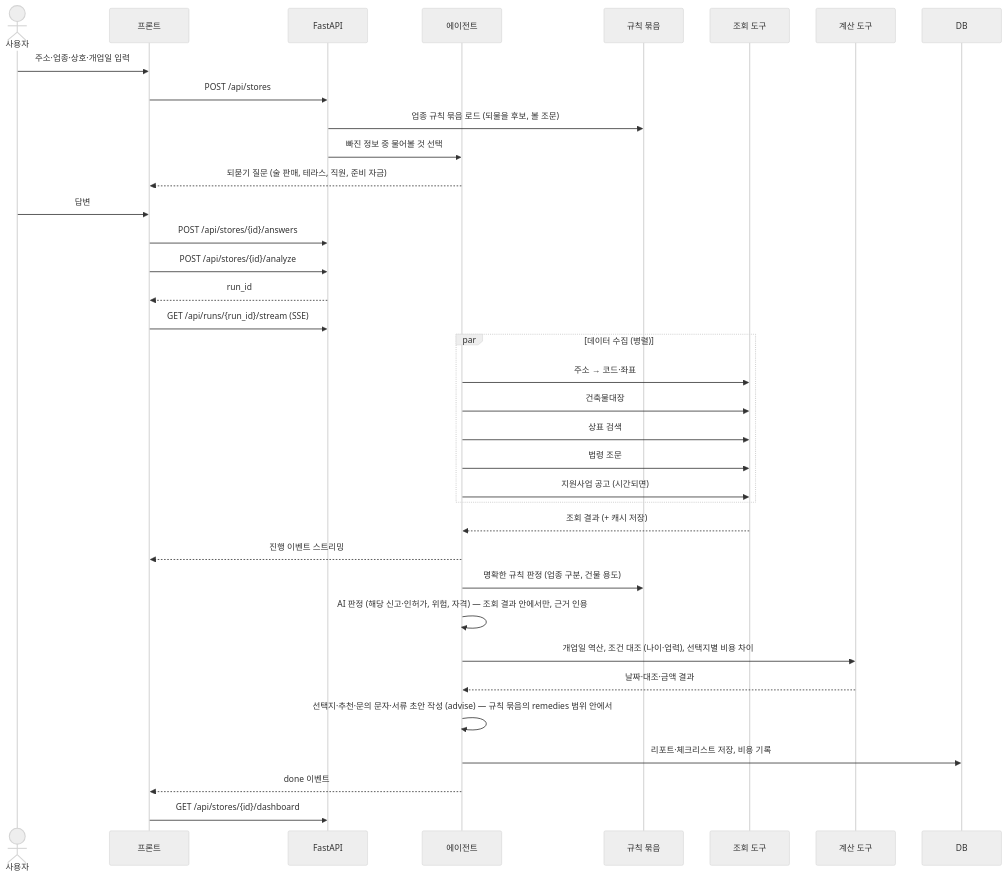
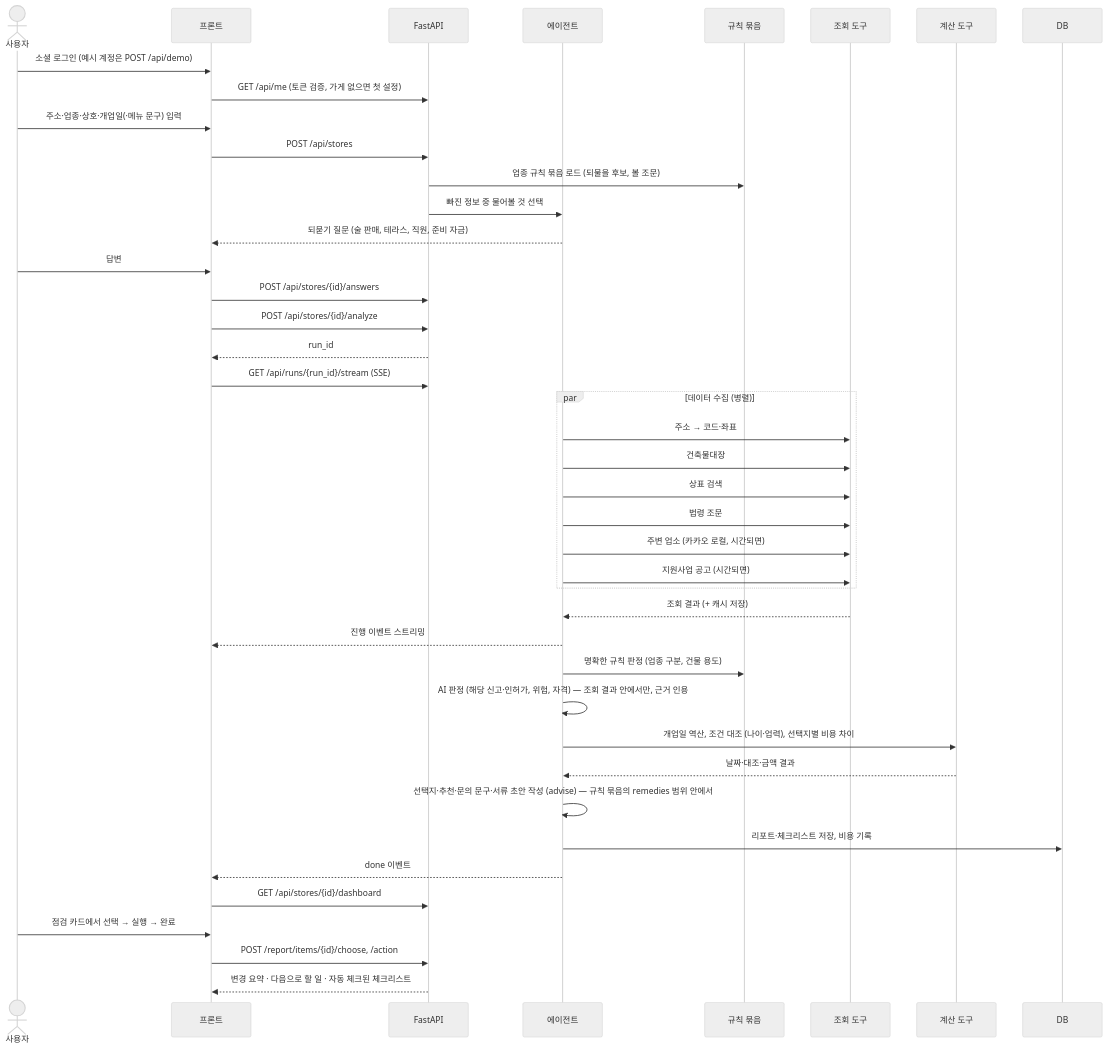
Before and after one commit to kimtaeg/Foundy: the second of 4 diagrams in docs/아키텍처_인프라.md, drawn with Mermaid (neutral theme). The commit also changed other lines of this file and 7 other files, not shown here.

````diff
--- a/docs/아키텍처_인프라.md
+++ b/docs/아키텍처_인프라.md
@@ -107,39 +113,45 @@
 ```mermaid
 sequenceDiagram
     actor U as 사용자
     participant FE as 프론트
     participant API as FastAPI
     participant AG as 에이전트
     participant RP as 규칙 묶음
     participant T as 조회 도구
     participant C as 계산 도구
     participant DB as DB
 
-    U->>FE: 주소·업종·상호·개업일 입력
+    U->>FE: 소셜 로그인 (예시 계정은 POST /api/demo)
+    FE->>API: GET /api/me (토큰 검증, 가게 없으면 첫 설정)
+    U->>FE: 주소·업종·상호·개업일(·메뉴 문구) 입력
     FE->>API: POST /api/stores
     API->>RP: 업종 규칙 묶음 로드 (되물을 후보, 볼 조문)
     API->>AG: 빠진 정보 중 물어볼 것 선택
     AG-->>FE: 되묻기 질문 (술 판매, 테라스, 직원, 준비 자금)
     U->>FE: 답변
     FE->>API: POST /api/stores/{id}/answers
     FE->>API: POST /api/stores/{id}/analyze
     API-->>FE: run_id
     FE->>API: GET /api/runs/{run_id}/stream (SSE)
     par 데이터 수집 (병렬)
         AG->>T: 주소 → 코드·좌표
         AG->>T: 건축물대장
         AG->>T: 상표 검색
         AG->>T: 법령 조문
-        AG->>T: 지원사업 공고 (시간되면)
+        AG->>T: 주변 업소 (카카오 로컬, 시간되면)
+    AG->>T: 지원사업 공고 (시간되면)
     end
     T-->>AG: 조회 결과 (+ 캐시 저장)
     AG-->>FE: 진행 이벤트 스트리밍
     AG->>RP: 명확한 규칙 판정 (업종 구분, 건물 용도)
     AG->>AG: AI 판정 (해당 신고·인허가, 위험, 자격) — 조회 결과 안에서만, 근거 인용
     AG->>C: 개업일 역산, 조건 대조 (나이·업력), 선택지별 비용 차이
     C-->>AG: 날짜·대조·금액 결과
-    AG->>AG: 선택지·추천·문의 문자·서류 초안 작성 (advise) — 규칙 묶음의 remedies 범위 안에서
+    AG->>AG: 선택지·추천·문의 문구·서류 초안 작성 (advise) — 규칙 묶음의 remedies 범위 안에서
     AG->>DB: 리포트·체크리스트 저장, 비용 기록
     AG-->>FE: done 이벤트
     FE->>API: GET /api/stores/{id}/dashboard
+    U->>FE: 점검 카드에서 선택 → 실행 → 완료
+    FE->>API: POST /report/items/{id}/choose, /action
+    API-->>FE: 변경 요약 · 다음으로 할 일 · 자동 체크된 체크리스트
 ```
````
